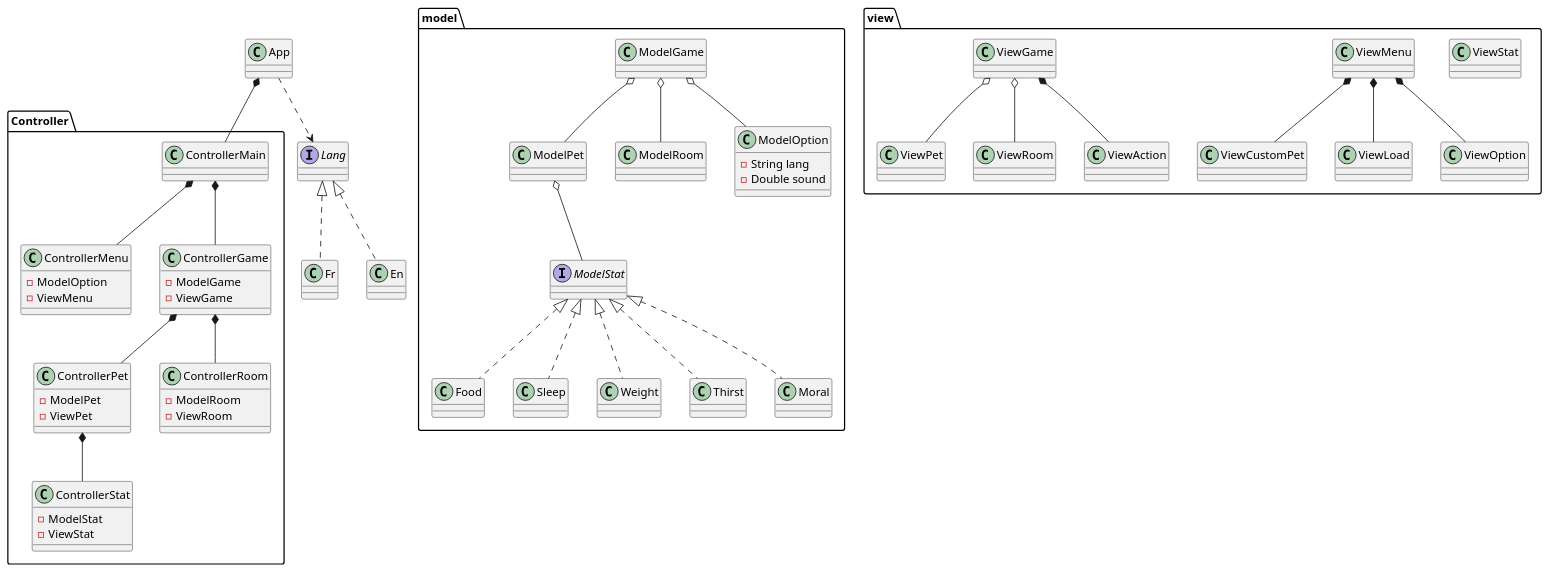
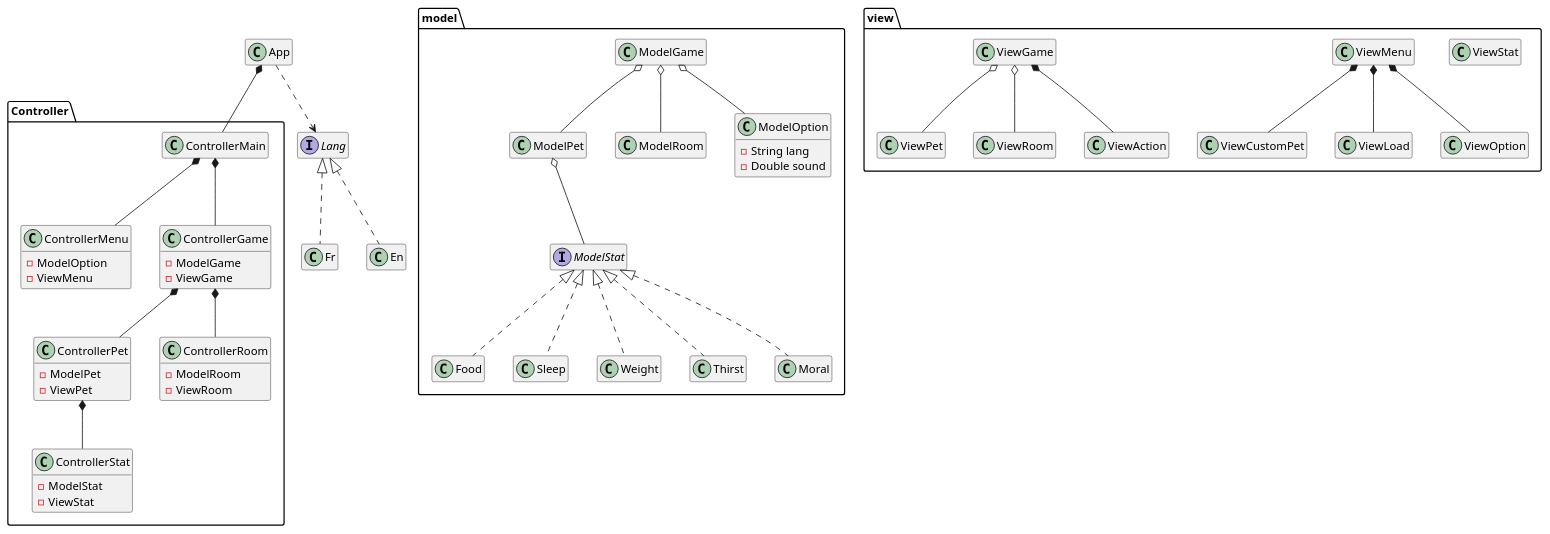
Before and after one commit to 83NJAM1/Tamagotchi: the diagram in diagrams/diagram-class.puml, drawn with PlantUML. The commit also changed 2 other files, not shown here.

Commit message:
update - class diagram

```diff
--- a/diagrams/diagram-class.puml
+++ b/diagrams/diagram-class.puml
@@ -1,89 +1,92 @@
 @startuml
+
+hide empty attributes
+hide empty methods
 
 class App
 interface Lang
 App ..> Lang
 class Fr
 Class En
 Lang <|.. Fr
 Lang <|.. En
 
 package model {
     class ModelPet
     class ModelRoom
     class ModelGame
     class ModelOption {
         -String lang
         -Double sound
     }
     interface ModelStat
     class Food
     class Sleep
     class Weight
     class Thirst
     class Moral
     ModelStat <|.. Food
     ModelStat <|.. Sleep
     ModelStat <|.. Weight
     ModelStat <|.. Thirst
     ModelStat <|.. Moral
     ModelPet o-- ModelStat
     ModelGame o-- ModelPet
     ModelGame o-- ModelRoom
     ModelGame o-- ModelOption
 }
 
 package view {
     class ViewPet
     class ViewRoom
     class ViewStat
     class ViewMenu
     class ViewCustomPet
     class ViewLoad
     class ViewAction
     class ViewOption
     class ViewGame
     
     ViewMenu *-- ViewOption
     ViewMenu *-- ViewCustomPet
     ViewMenu *-- ViewLoad
     ViewGame *-- ViewAction
     ViewGame o-- ViewRoom
     ViewGame o-- ViewPet
 }
 
 package Controller {
     class ControllerMain
     
     class ControllerPet {
         -ModelPet
         -ViewPet
     }
     class ControllerRoom {
         -ModelRoom
         -ViewRoom
     }
     class ControllerStat {
         -ModelStat
         -ViewStat
     }
     class ControllerMenu {
         -ModelOption
         -ViewMenu
     }
     class ControllerGame {
         -ModelGame
         -ViewGame
     }
     
     ControllerPet *-- ControllerStat
     ControllerGame *-- ControllerPet
     ControllerGame *-- ControllerRoom
     ControllerMain *-- ControllerGame 
     ControllerMain *-- ControllerMenu
     
 }
 
 App *-- ControllerMain
 
 @enduml
```
